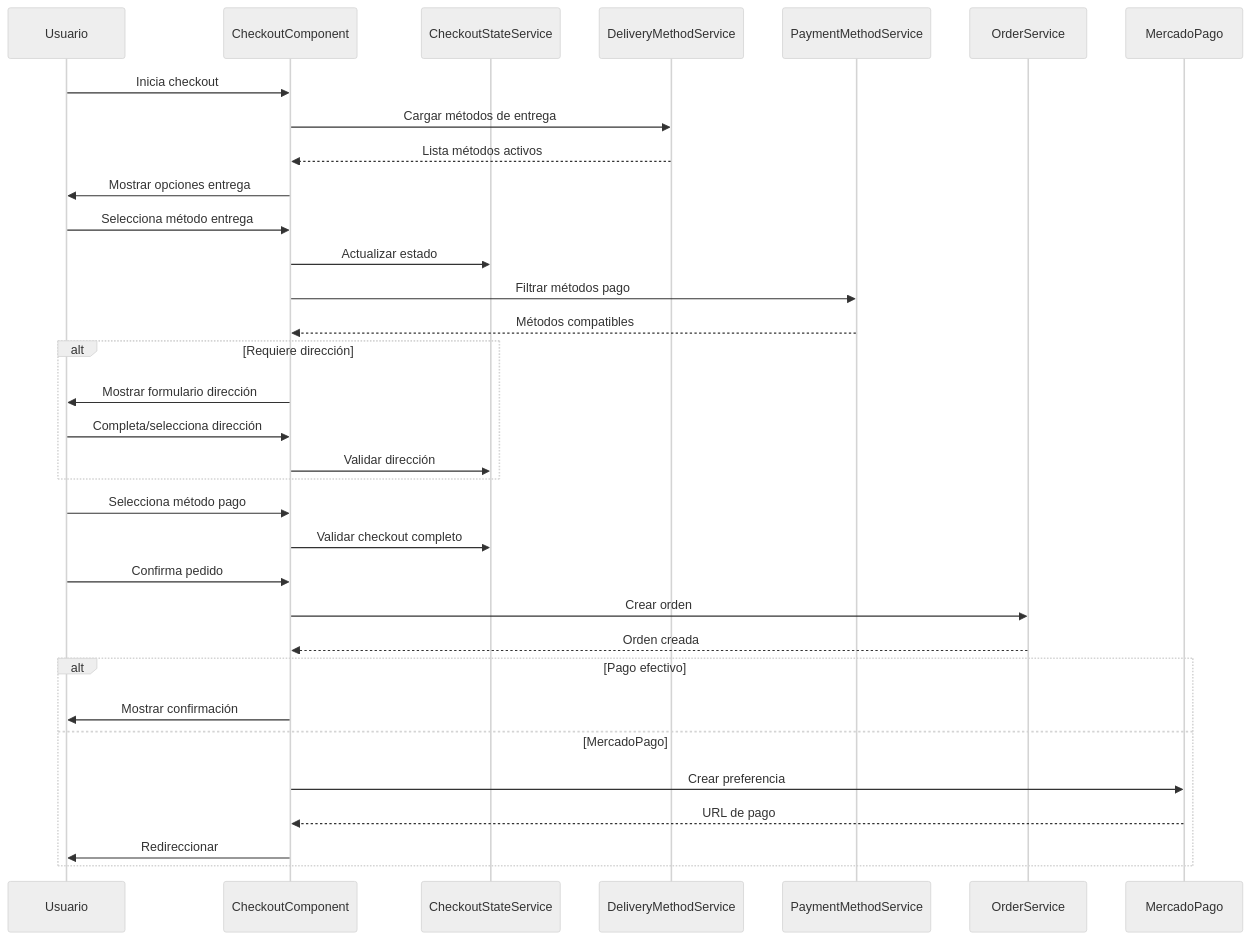
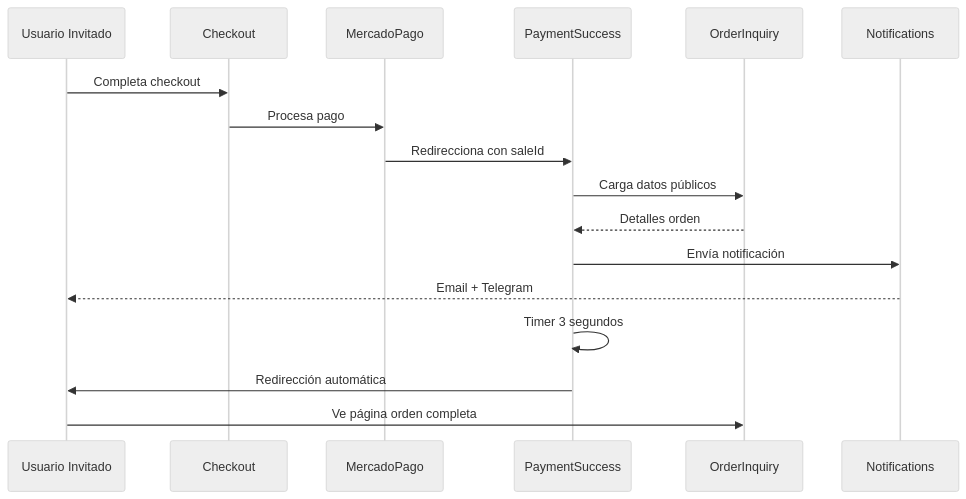
One commit to Ivetta-Luis-Alberto-114588/front-startup changed the third of 5 diagrams in docs_frontend/checkout-flujo-compras-robusto.md. Above: the diagram before and after it, drawn with Mermaid (neutral theme). The commit also changed other lines of this file and 9 other files, not shown here.

````diff
--- a/docs_frontend/checkout-flujo-compras-robusto.md
+++ b/docs_frontend/checkout-flujo-compras-robusto.md
@@ -72,41 +161,20 @@
 ```mermaid
 sequenceDiagram
-    participant U as Usuario
-    participant C as CheckoutComponent
-    participant S as CheckoutStateService
-    participant D as DeliveryMethodService
-    participant P as PaymentMethodService
-    participant O as OrderService
+    participant U as Usuario Invitado
+    participant C as Checkout
     participant MP as MercadoPago
+    participant PS as PaymentSuccess
+    participant OI as OrderInquiry
+    participant N as Notifications
   
-    U->>C: Inicia checkout
-    C->>D: Cargar métodos de entrega
-    D-->>C: Lista métodos activos
-    C->>U: Mostrar opciones entrega
-  
-    U->>C: Selecciona método entrega
-    C->>S: Actualizar estado
-    C->>P: Filtrar métodos pago
-    P-->>C: Métodos compatibles
-  
-    alt Requiere dirección
-        C->>U: Mostrar formulario dirección
-        U->>C: Completa/selecciona dirección
-        C->>S: Validar dirección
-    end
-  
-    U->>C: Selecciona método pago
-    C->>S: Validar checkout completo
-  
-    U->>C: Confirma pedido
-    C->>O: Crear orden
-    O-->>C: Orden creada
-  
-    alt Pago efectivo
-        C->>U: Mostrar confirmación
-    else MercadoPago
-        C->>MP: Crear preferencia
-        MP-->>C: URL de pago
-        C->>U: Redireccionar
-    end
+    U->>C: Completa checkout
+    C->>MP: Procesa pago
+    MP->>PS: Redirecciona con saleId
+    PS->>OI: Carga datos públicos
+    OI-->>PS: Detalles orden
+    PS->>N: Envía notificación
+    N-->>U: Email + Telegram
+    PS->>PS: Timer 3 segundos
+    PS->>U: Redirección automática
+    U->>OI: Ve página orden completa
 ```
````
